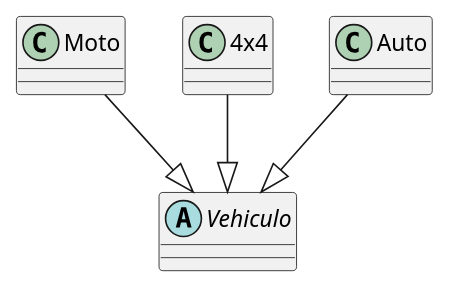
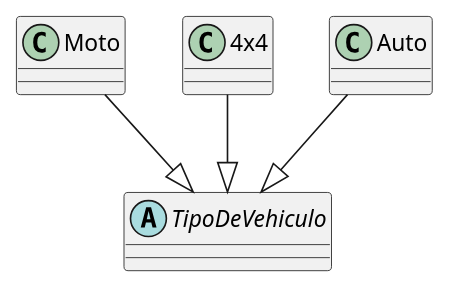
The diagram in diagrams/classes/DiagramaDeClaseHerenciaVehiculo.puml (FacundoBaez1994/Algo3Tp2), drawn with PlantUML before and after one commit. The commit also changed 6 other files, not shown here.

```diff
--- a/diagrams/classes/DiagramaDeClaseHerenciaVehiculo.puml
+++ b/diagrams/classes/DiagramaDeClaseHerenciaVehiculo.puml
@@ -1,10 +1,10 @@
 @startuml
-abstract class Vehiculo
+abstract class TipoDeVehiculo
 class Moto
 class 4x4
 class Auto
-Moto --|> Vehiculo
-Auto --|> Vehiculo
-4x4 --|> Vehiculo
+Moto --|> TipoDeVehiculo
+Auto --|> TipoDeVehiculo
+4x4 --|> TipoDeVehiculo
 
 @enduml
```
